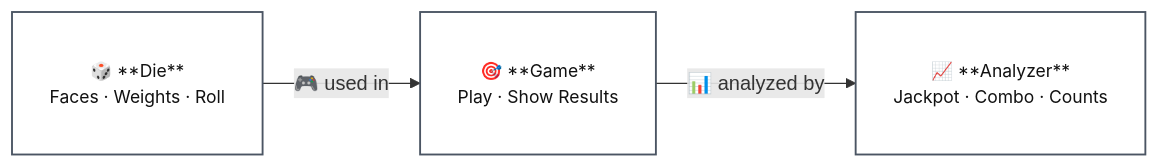
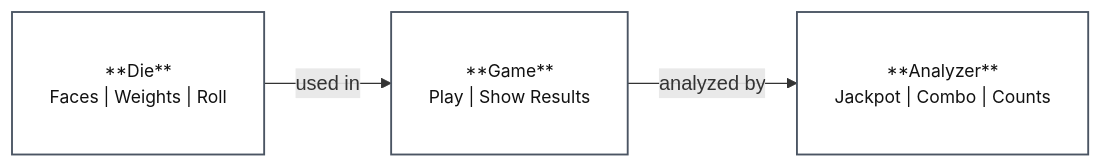
Before and after one commit to tksluangrath/tksluangrath.github.io: the diagram in README.md, drawn with Mermaid.

````diff
--- a/README.md
+++ b/README.md
@@ -108,8 +108,7 @@
 ```mermaid
 flowchart LR
     classDef nodeStyle fill:#ffffff,stroke:#4b5563,stroke-width:1.5px,color:#111,border-radius:8px,font-size:14px,font-family:Inter,padding:6px;
 
-    Die[🎲 **Die**<br/>Faces · Weights · Roll]:::nodeStyle -->|🎮 used in| Game[🎯 **Game**<br/>Play · Show Results]:::nodeStyle -->|📊 analyzed by| Analyzer[📈 **Analyzer**<br/>Jackpot · Combo · Counts]:::nodeStyle
-
+    Die["**Die**<br/>Faces | Weights | Roll"]:::nodeStyle -->|used in| Game["**Game**<br/>Play | Show Results"]:::nodeStyle -->|analyzed by| Analyzer["**Analyzer**<br/>Jackpot | Combo | Counts"]:::nodeStyle
 
 ```
````
